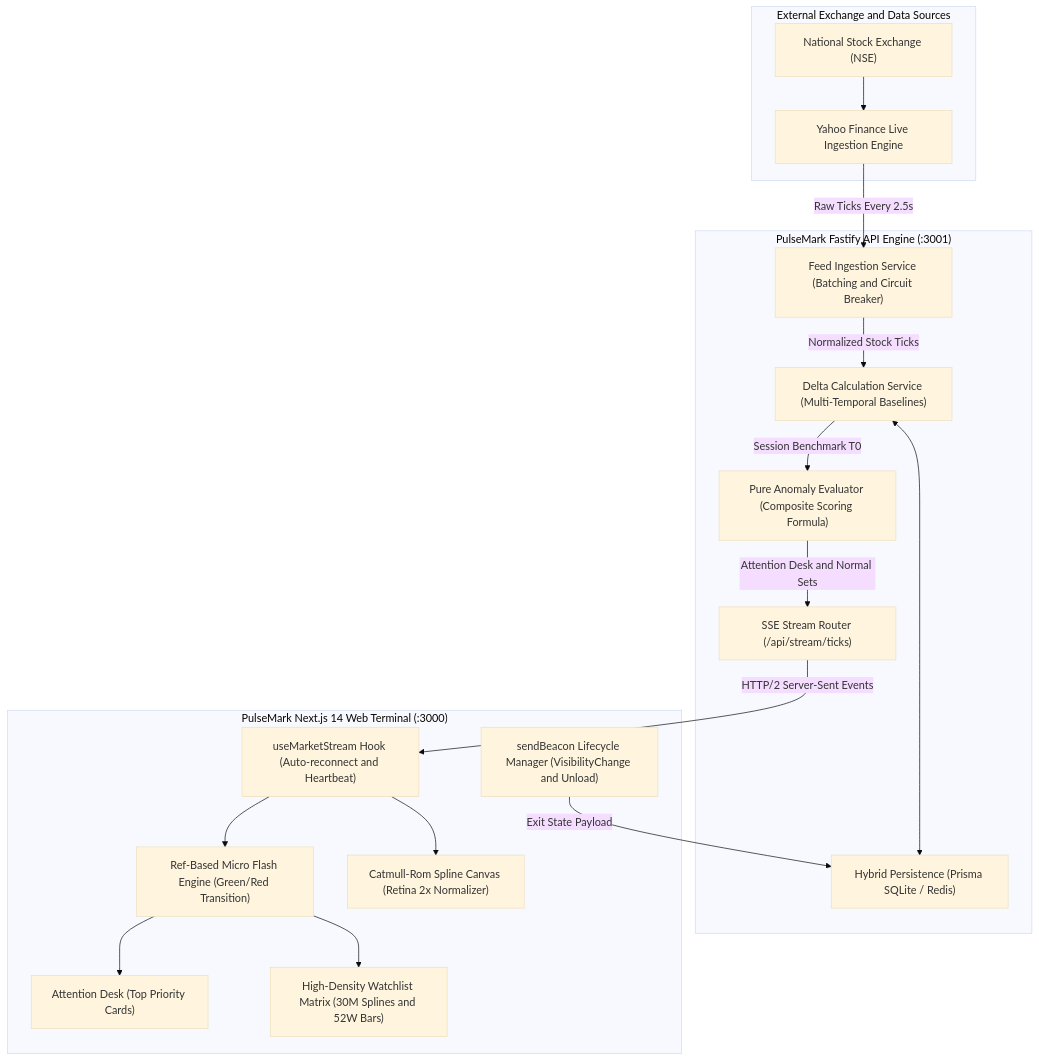
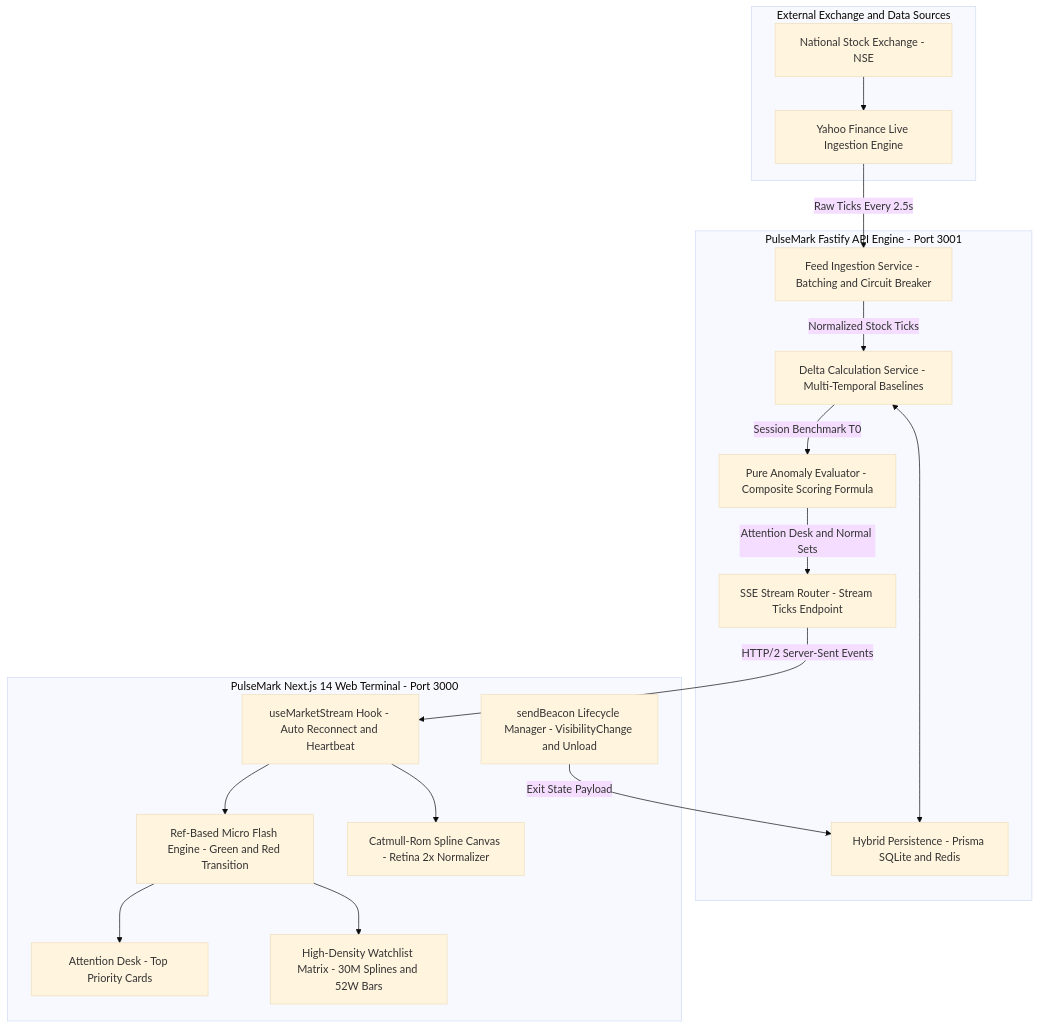
Before and after one commit to Khushi1310-nayak/PulseMark: the first of 8 diagrams in ARCHITECTURE.md, drawn with Mermaid (base theme). The commit also changed other lines of this file, not shown here.

Commit message:
fix(docs): eliminate all parentheses from Mermaid edge and node labels in ARCHITECTURE.md

````diff
--- a/ARCHITECTURE.md
+++ b/ARCHITECTURE.md
@@ -27,38 +27,38 @@
 ```mermaid
 flowchart TD
     subgraph External ["External Exchange and Data Sources"]
-        NSE["National Stock Exchange (NSE)"]
+        NSE["National Stock Exchange - NSE"]
         YF["Yahoo Finance Live Ingestion Engine"]
         NSE --> YF
     end
 
-    subgraph BackendAPI ["PulseMark Fastify API Engine (:3001)"]
-        FeedService["Feed Ingestion Service (Batching and Circuit Breaker)"]
-        DeltaService["Delta Calculation Service (Multi-Temporal Baselines)"]
-        Evaluator["Pure Anomaly Evaluator (Composite Scoring Formula)"]
-        SessionStore["Hybrid Persistence (Prisma SQLite / Redis)"]
-        SSERouter["SSE Stream Router (/api/stream/ticks)"]
+    subgraph BackendAPI ["PulseMark Fastify API Engine - Port 3001"]
+        FeedService["Feed Ingestion Service - Batching and Circuit Breaker"]
+        DeltaService["Delta Calculation Service - Multi-Temporal Baselines"]
+        Evaluator["Pure Anomaly Evaluator - Composite Scoring Formula"]
+        SessionStore["Hybrid Persistence - Prisma SQLite and Redis"]
+        SSERouter["SSE Stream Router - Stream Ticks Endpoint"]
 
         YF -->|Raw Ticks Every 2.5s| FeedService
         FeedService -->|Normalized Stock Ticks| DeltaService
         DeltaService -->|Session Benchmark T0| Evaluator
         Evaluator -->|Attention Desk and Normal Sets| SSERouter
         DeltaService <--> SessionStore
     end
 
-    subgraph ClientApp ["PulseMark Next.js 14 Web Terminal (:3000)"]
-        useMarketStream["useMarketStream Hook (Auto-reconnect and Heartbeat)"]
-        DiffEngine["Ref-Based Micro Flash Engine (Green/Red Transition)"]
-        AttentionDeskUI["Attention Desk (Top Priority Cards)"]
-        WatchlistUI["High-Density Watchlist Matrix (30M Splines and 52W Bars)"]
-        CanvasChart["Catmull-Rom Spline Canvas (Retina 2x Normalizer)"]
-        BeaconSender["sendBeacon Lifecycle Manager (VisibilityChange and Unload)"]
+    subgraph ClientApp ["PulseMark Next.js 14 Web Terminal - Port 3000"]
+        useMarketStream["useMarketStream Hook - Auto Reconnect and Heartbeat"]
+        DiffEngine["Ref-Based Micro Flash Engine - Green and Red Transition"]
+        AttentionDeskUI["Attention Desk - Top Priority Cards"]
+        WatchlistUI["High-Density Watchlist Matrix - 30M Splines and 52W Bars"]
+        CanvasChart["Catmull-Rom Spline Canvas - Retina 2x Normalizer"]
+        BeaconSender["sendBeacon Lifecycle Manager - VisibilityChange and Unload"]
 
         SSERouter -->|HTTP/2 Server-Sent Events| useMarketStream
         useMarketStream --> DiffEngine
         DiffEngine --> AttentionDeskUI
         DiffEngine --> WatchlistUI
         useMarketStream --> CanvasChart
         BeaconSender -->|Exit State Payload| SessionStore
     end
 ```
````
